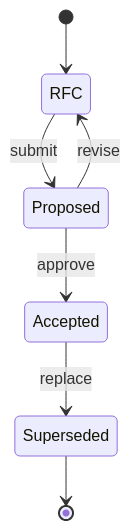
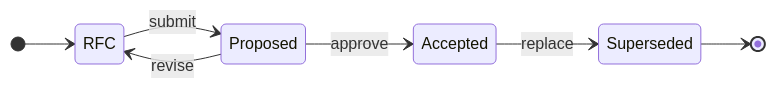
The seventh of 9 diagrams in slides.md (b-vadym/arch-as-code), drawn with Mermaid before and after one commit. The commit also changed other lines of this file, not shown here.

Commit message:
Enhance ADR section in slides: add text-center class for improved layout, clarify when an ADR is needed, and refine consequences section for better readability.

````diff
--- a/slides.md
+++ b/slides.md
@@ -620,9 +623,10 @@
 ```mermaid
 stateDiagram-v2
+  direction LR
   [*] --> RFC
   RFC --> Proposed: submit
   Proposed --> Accepted: approve
   Proposed --> RFC: revise
   Accepted --> Superseded: replace
   Superseded --> [*]
 ```
````
